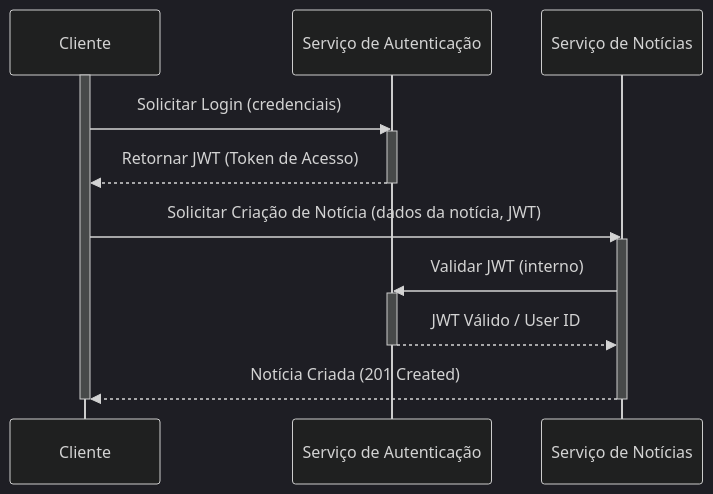
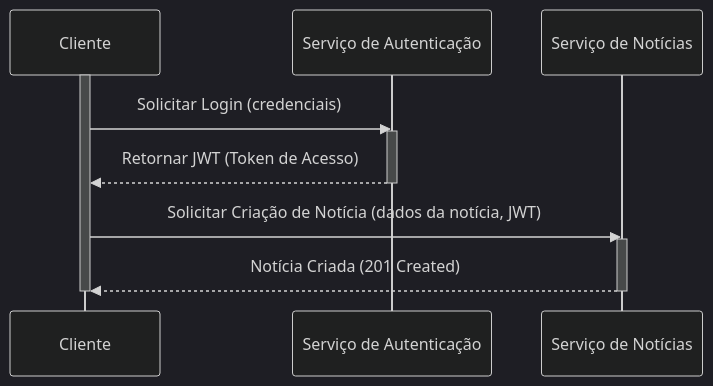
One commit to PythonFloripa/PyNewsServer changed the diagram in README.md. Above: the diagram before and after it, drawn with Mermaid (dark theme).

Commit message:
DOC: README Dir and mermaid chart

````diff
--- a/README.md
+++ b/README.md
@@ -63,24 +63,20 @@
 ```mermaid
 sequenceDiagram
     participant Cliente as Cliente
     participant ServicoAutenticacao as Serviço de Autenticação
     participant ServicoNoticias as Serviço de Notícias
 
     activate Cliente
     Cliente->>ServicoAutenticacao: Solicitar Login (credenciais)
     activate ServicoAutenticacao
     ServicoAutenticacao-->>Cliente: Retornar JWT (Token de Acesso)
     deactivate ServicoAutenticacao
 
     Cliente->>ServicoNoticias: Solicitar Criação de Notícia (dados da notícia, JWT)
     activate ServicoNoticias
-    ServicoNoticias->>ServicoAutenticacao: Validar JWT (interno)
-    activate ServicoAutenticacao
-    ServicoAutenticacao-->>ServicoNoticias: JWT Válido / User ID
-    deactivate ServicoAutenticacao
     ServicoNoticias-->>Cliente: Notícia Criada (201 Created)
     deactivate ServicoNoticias
     deactivate Cliente
  
 
 ```
````
